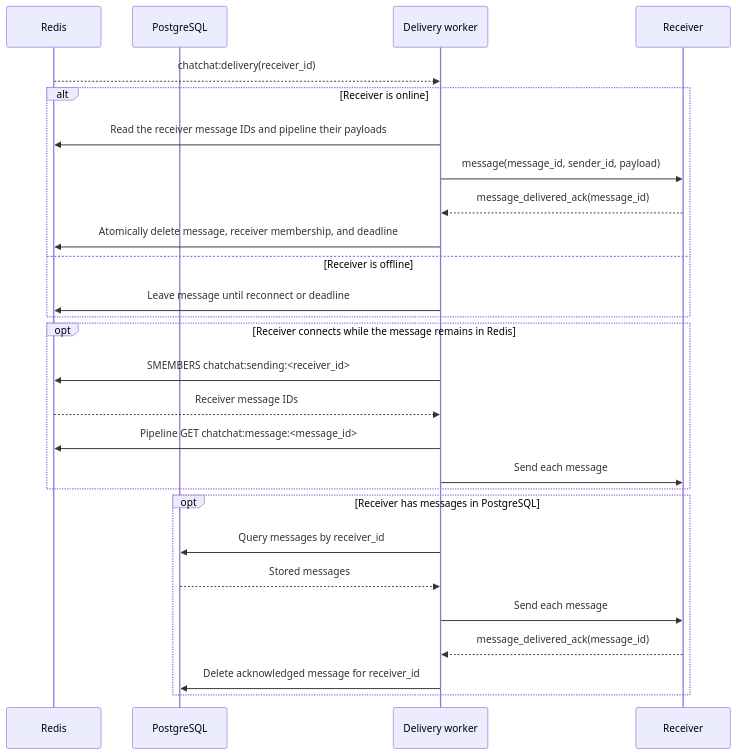
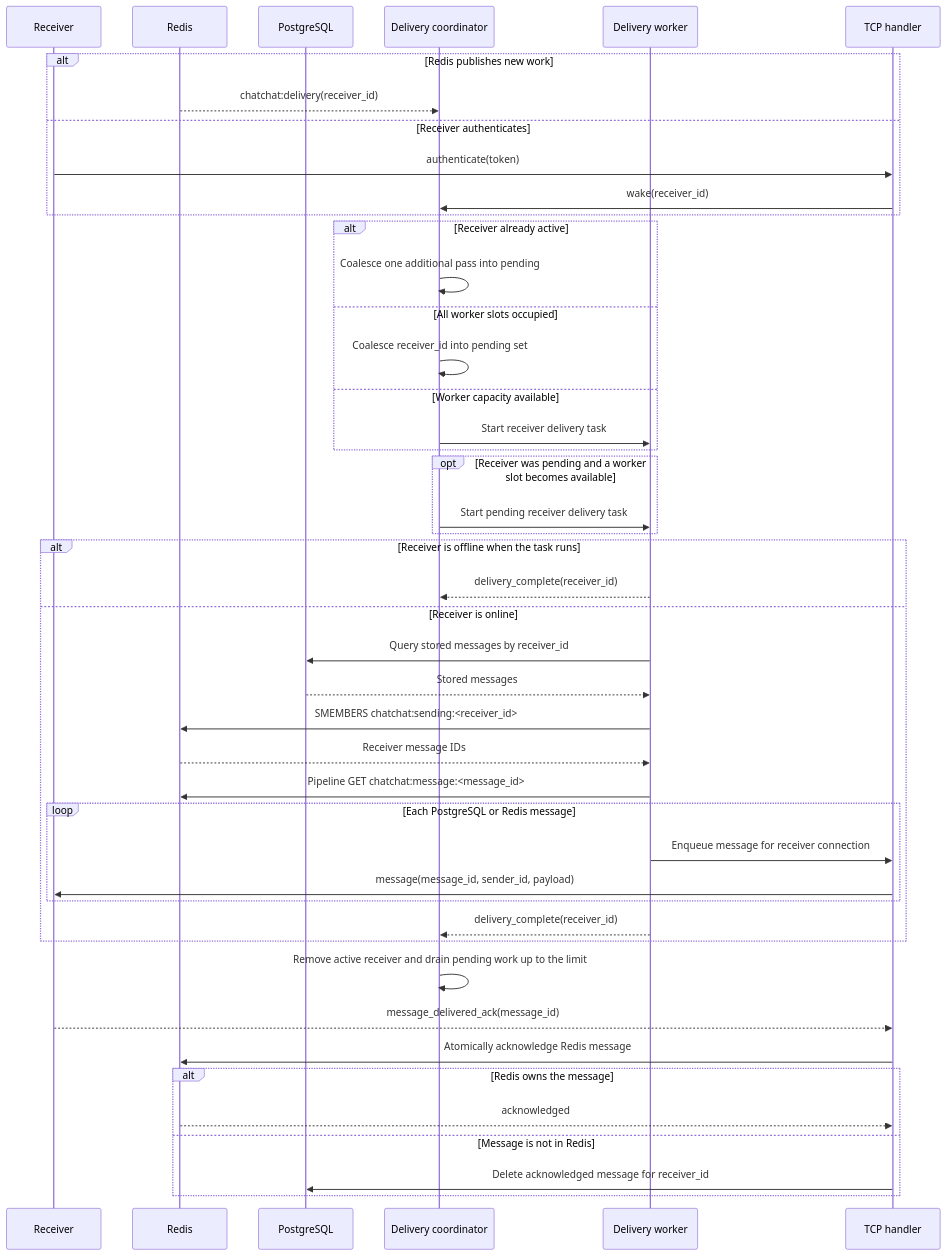
The second of 3 diagrams in MESSAGE_DELIVERY.md (cmunaro/ChatChat), drawn with Mermaid before and after one commit. The commit also changed other lines of this file and 3 other files, not shown here.

Commit message:
feat: limit and batch message delivery jobs

````diff
--- a/MESSAGE_DELIVERY.md
+++ b/MESSAGE_DELIVERY.md
@@ -50,33 +50,53 @@
 ```mermaid
 sequenceDiagram
+    participant C2 as Receiver
     participant Redis
     participant DB as PostgreSQL
+    participant DC as Delivery coordinator
     participant DW as Delivery worker
-    participant C2 as Receiver
+    participant H as TCP handler
 
-    Redis-->>DW: chatchat:delivery(receiver_id)
-
-    alt Receiver is online
-        DW->>Redis: Read the receiver message IDs and pipeline their payloads
-        DW->>C2: message(message_id, sender_id, payload)
-        C2-->>DW: message_delivered_ack(message_id)
-        DW->>Redis: Atomically delete message, receiver membership, and deadline
-    else Receiver is offline
-        DW->>Redis: Leave message until reconnect or deadline
+    alt Redis publishes new work
+        Redis-->>DC: chatchat:delivery(receiver_id)
+    else Receiver authenticates
+        C2->>H: authenticate(token)
+        H->>DC: wake(receiver_id)
     end
 
-    opt Receiver connects while the message remains in Redis
+    alt Receiver already active
+        DC->>DC: Coalesce one additional pass into pending
+    else All worker slots occupied
+        DC->>DC: Coalesce receiver_id into pending set
+    else Worker capacity available
+        DC->>DW: Start receiver delivery task
+    end
+
+    opt Receiver was pending and a worker slot becomes available
+        DC->>DW: Start pending receiver delivery task
+    end
+
+    alt Receiver is offline when the task runs
+        DW-->>DC: delivery_complete(receiver_id)
+    else Receiver is online
+        DW->>DB: Query stored messages by receiver_id
+        DB-->>DW: Stored messages
         DW->>Redis: SMEMBERS chatchat:sending:<receiver_id>
         Redis-->>DW: Receiver message IDs
         DW->>Redis: Pipeline GET chatchat:message:<message_id>
-        DW->>C2: Send each message
+        loop Each PostgreSQL or Redis message
+            DW->>H: Enqueue message for receiver connection
+            H->>C2: message(message_id, sender_id, payload)
+        end
+        DW-->>DC: delivery_complete(receiver_id)
     end
 
-    opt Receiver has messages in PostgreSQL
-        DW->>DB: Query messages by receiver_id
-        DB-->>DW: Stored messages
-        DW->>C2: Send each message
-        C2-->>DW: message_delivered_ack(message_id)
-        DW->>DB: Delete acknowledged message for receiver_id
+    DC->>DC: Remove active receiver and drain pending work up to the limit
+
+    C2-->>H: message_delivered_ack(message_id)
+    H->>Redis: Atomically acknowledge Redis message
+    alt Redis owns the message
+        Redis-->>H: acknowledged
+    else Message is not in Redis
+        H->>DB: Delete acknowledged message for receiver_id
     end
 ```
````
